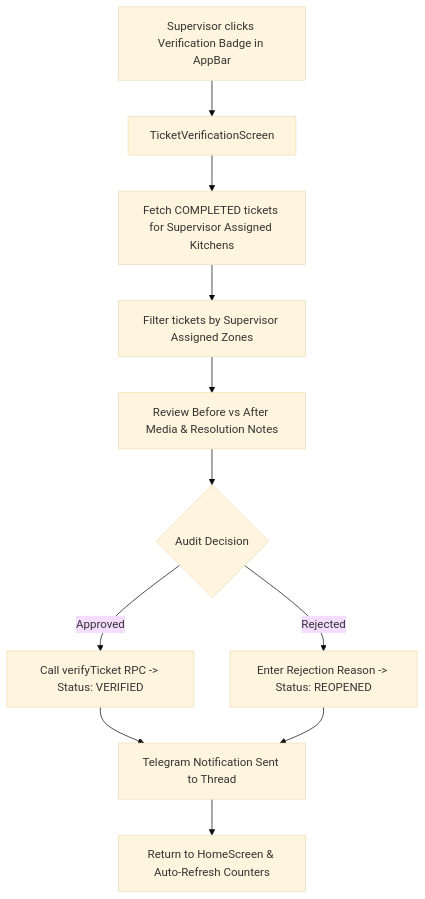
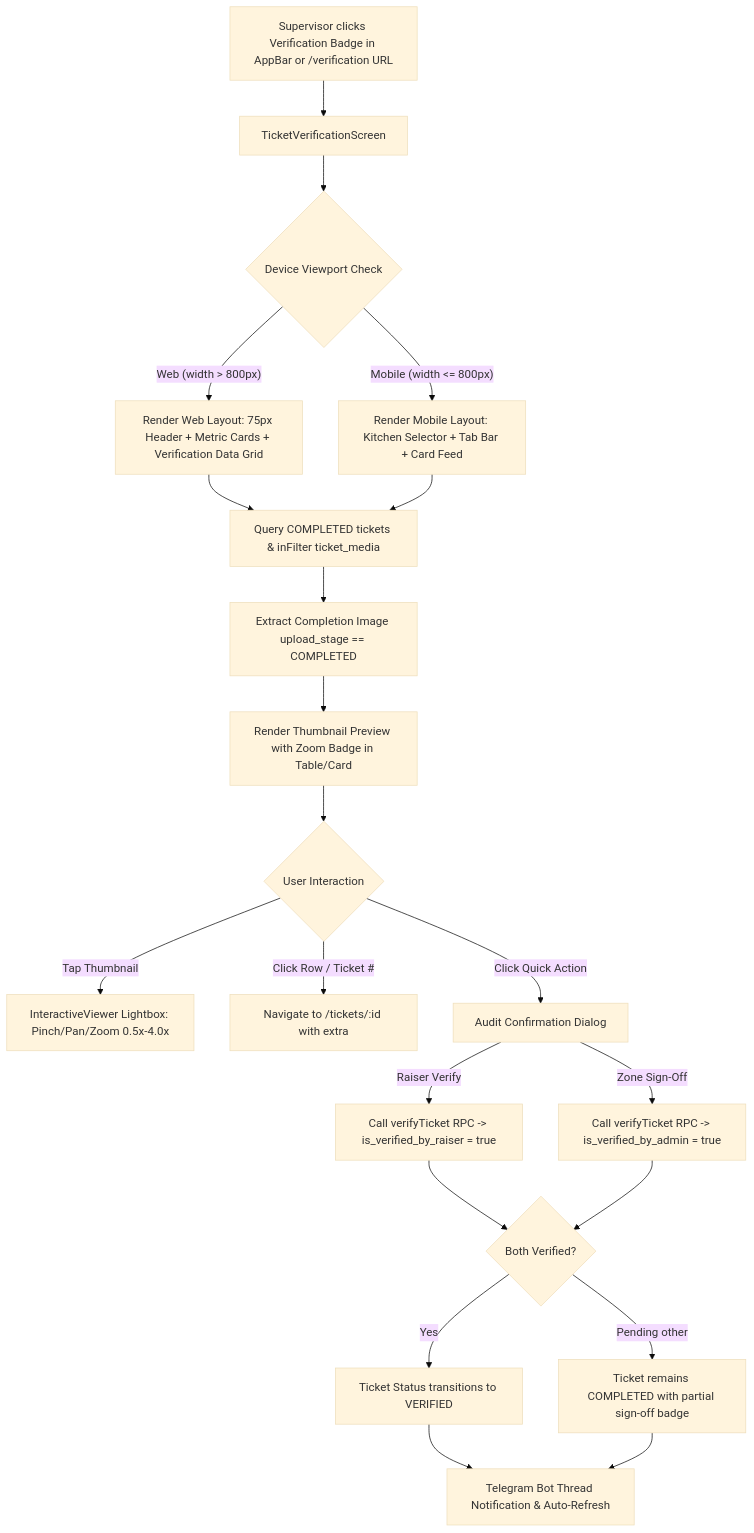
One commit to HarshPatle1910/tapf_kitchen_maintanence changed the sixth of 8 diagrams in flow.md. Above: the diagram before and after it, drawn with Mermaid (base theme). The commit also changed other lines of this file and 23 other files, not shown here.

Commit message:
feat: update ticket verification screen and project documentation

````diff
--- a/flow.md
+++ b/flow.md
@@ -189,13 +193,29 @@
 ```mermaid
 graph TD
-    A[Supervisor clicks Verification Badge in AppBar] --> B[TicketVerificationScreen]
-    B --> C[Fetch COMPLETED tickets for Supervisor Assigned Kitchens]
-    C --> D[Filter tickets by Supervisor Assigned Zones]
-    D --> E[Review Before vs After Media & Resolution Notes]
-    E --> F{Audit Decision}
-    F -- "Approved" --> G[Call verifyTicket RPC -> Status: VERIFIED]
-    F -- "Rejected" --> H[Enter Rejection Reason -> Status: REOPENED]
-    G --> I[Telegram Notification Sent to Thread]
-    H --> I
-    I --> J[Return to HomeScreen & Auto-Refresh Counters]
+    A[Supervisor clicks Verification Badge in AppBar or /verification URL] --> B[TicketVerificationScreen]
+    B --> C{Device Viewport Check}
+    C -- "Web (width > 800px)" --> D[Render Web Layout: 75px Header + Metric Cards + Verification Data Grid]
+    C -- "Mobile (width <= 800px)" --> E[Render Mobile Layout: Kitchen Selector + Tab Bar + Card Feed]
+    
+    D --> F[Query COMPLETED tickets & inFilter ticket_media]
+    E --> F
+    
+    F --> G[Extract Completion Image upload_stage == COMPLETED]
+    G --> H[Render Thumbnail Preview with Zoom Badge in Table/Card]
+    
+    H --> I{User Interaction}
+    I -- "Tap Thumbnail" --> J[InteractiveViewer Lightbox: Pinch/Pan/Zoom 0.5x-4.0x]
+    I -- "Click Row / Ticket #" --> K[Navigate to /tickets/:id with extra]
+    I -- "Click Quick Action" --> L[Audit Confirmation Dialog]
+    
+    L -- "Raiser Verify" --> M[Call verifyTicket RPC -> is_verified_by_raiser = true]
+    L -- "Zone Sign-Off" --> N[Call verifyTicket RPC -> is_verified_by_admin = true]
+    
+    M --> O{Both Verified?}
+    N --> O
+    O -- "Yes" --> P[Ticket Status transitions to VERIFIED]
+    O -- "Pending other" --> Q[Ticket remains COMPLETED with partial sign-off badge]
+    
+    P --> R[Telegram Bot Thread Notification & Auto-Refresh]
+    Q --> R
 ```
````
